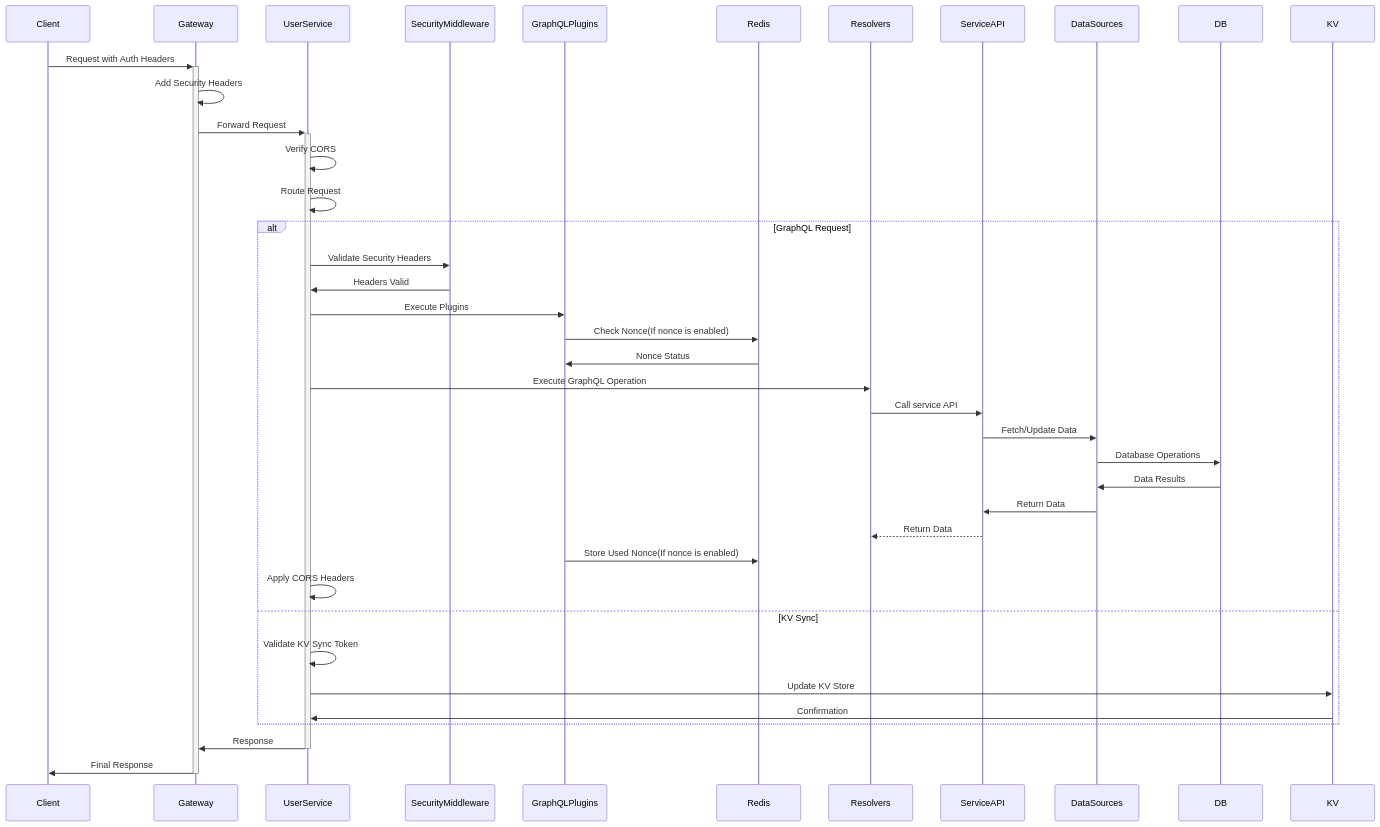
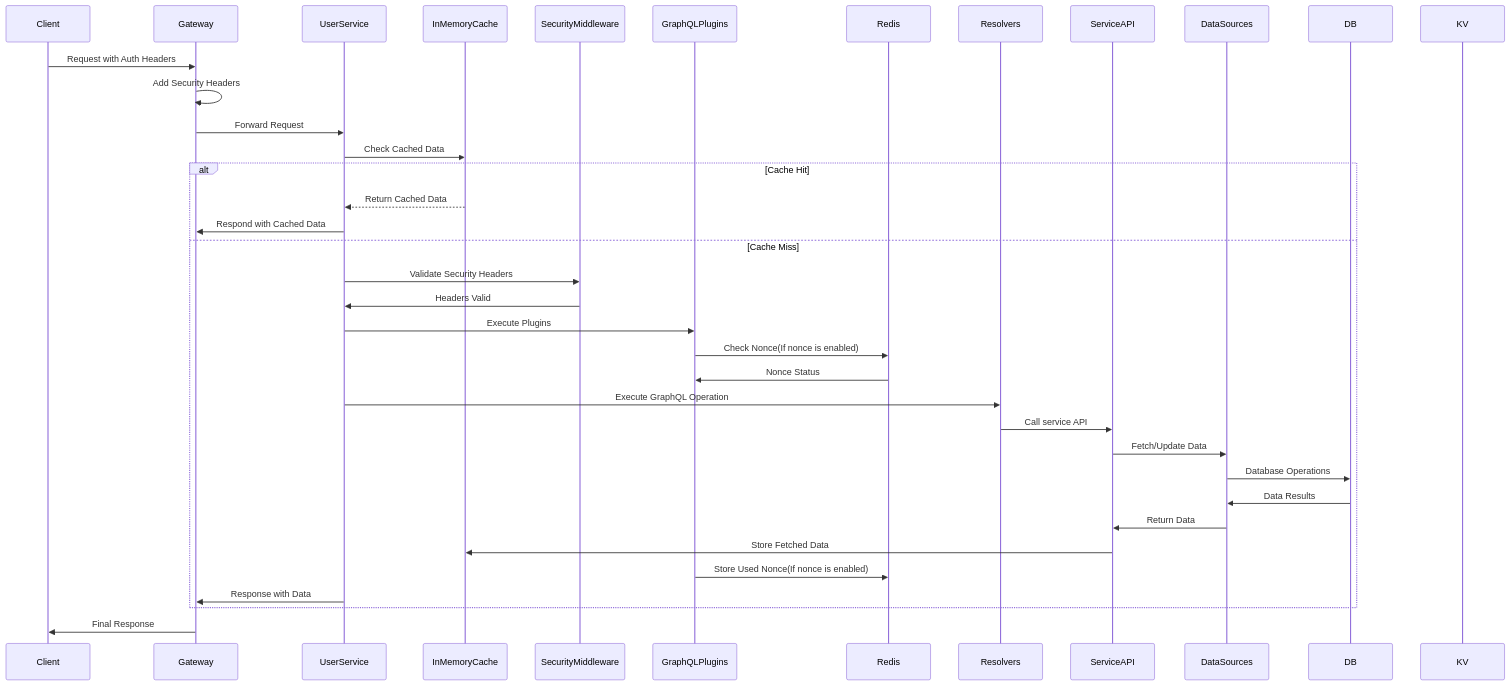
One commit to vinodhj/expense-microservices changed the second of 15 diagrams in docs/user-services.md. Above: the diagram before and after it, drawn with Mermaid. The commit also changed other lines of this file, not shown here.

Commit message:
updated mermaid

````diff
--- a/docs/user-services.md
+++ b/docs/user-services.md
@@ -81,36 +85,47 @@
 ```mermaid
 sequenceDiagram
-    Client->>+Gateway: Request with Auth Headers
+    participant Client
+    participant Gateway
+    participant UserService
+    participant InMemoryCache
+    participant SecurityMiddleware
+    participant GraphQLPlugins
+    participant Redis
+    participant Resolvers
+    participant ServiceAPI
+    participant DataSources
+    participant DB
+    participant KV
+
+    Client->>Gateway: Request with Auth Headers
     Gateway->>Gateway: Add Security Headers
-    Gateway->>+UserService: Forward Request
+    Gateway->>UserService: Forward Request
 
-    UserService->>UserService: Verify CORS
-    UserService->>UserService: Route Request
+    UserService->>InMemoryCache: Check Cached Data
 
-    alt GraphQL Request
+    alt Cache Hit
+        InMemoryCache-->>UserService: Return Cached Data
+        UserService->>Gateway: Respond with Cached Data
+    else Cache Miss
         UserService->>SecurityMiddleware: Validate Security Headers
         SecurityMiddleware->>UserService: Headers Valid
 
         UserService->>GraphQLPlugins: Execute Plugins
         GraphQLPlugins->>Redis: Check Nonce(If nonce is enabled)
         Redis->>GraphQLPlugins: Nonce Status
 
         UserService->>Resolvers: Execute GraphQL Operation
         Resolvers->>ServiceAPI: Call service API
         ServiceAPI->>DataSources: Fetch/Update Data
         DataSources->>DB: Database Operations
         DB->>DataSources: Data Results
         DataSources->>ServiceAPI: Return Data
-        ServiceAPI-->>Resolvers: Return Data
+
+        ServiceAPI->>InMemoryCache: Store Fetched Data
 
         GraphQLPlugins->>Redis: Store Used Nonce(If nonce is enabled)
-        UserService->>UserService: Apply CORS Headers
-    else KV Sync
-        UserService->>UserService: Validate KV Sync Token
-        UserService->>KV: Update KV Store
-        KV->>UserService: Confirmation
+        UserService->>Gateway: Response with Data
     end
 
-    UserService->>-Gateway: Response
-    Gateway->>-Client: Final Response
+    Gateway->>Client: Final Response
 ```
````
